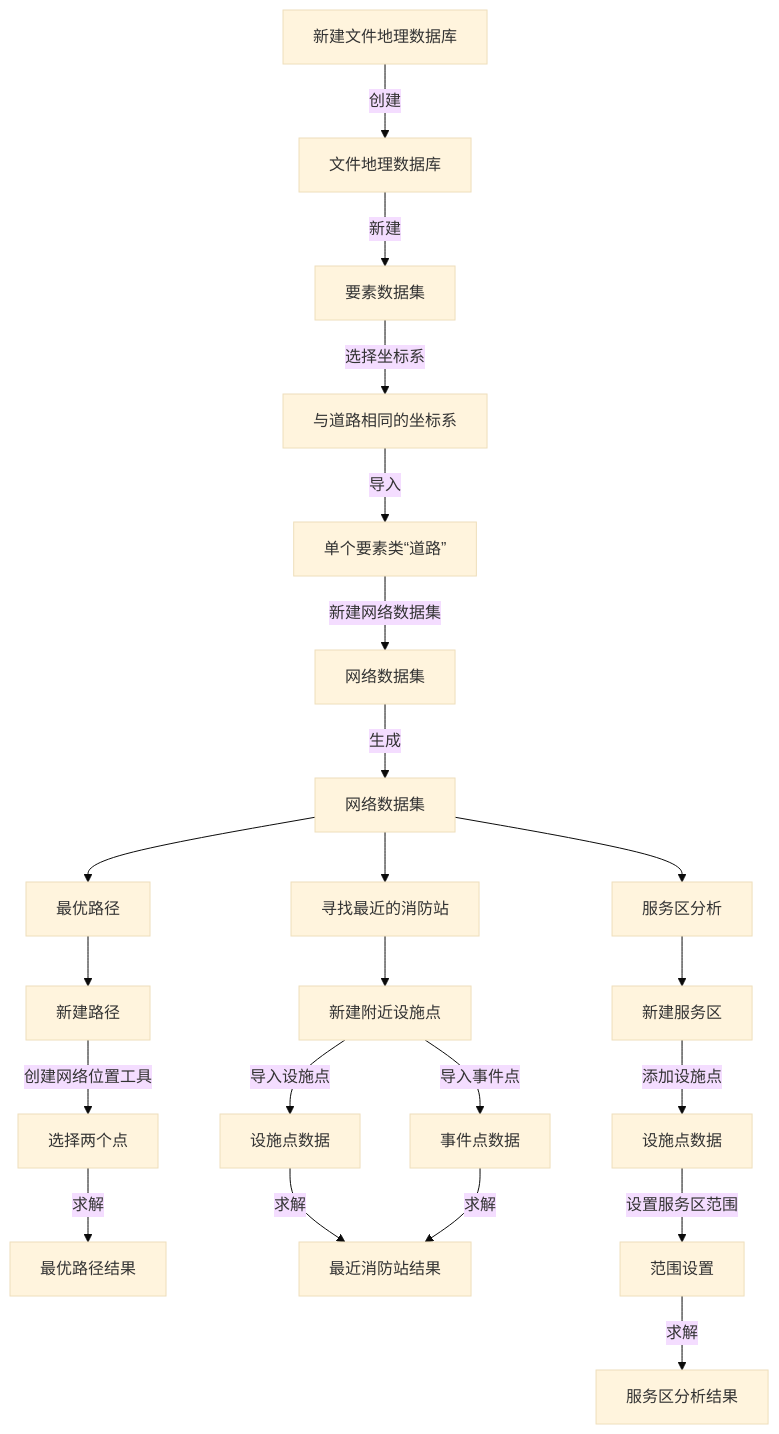
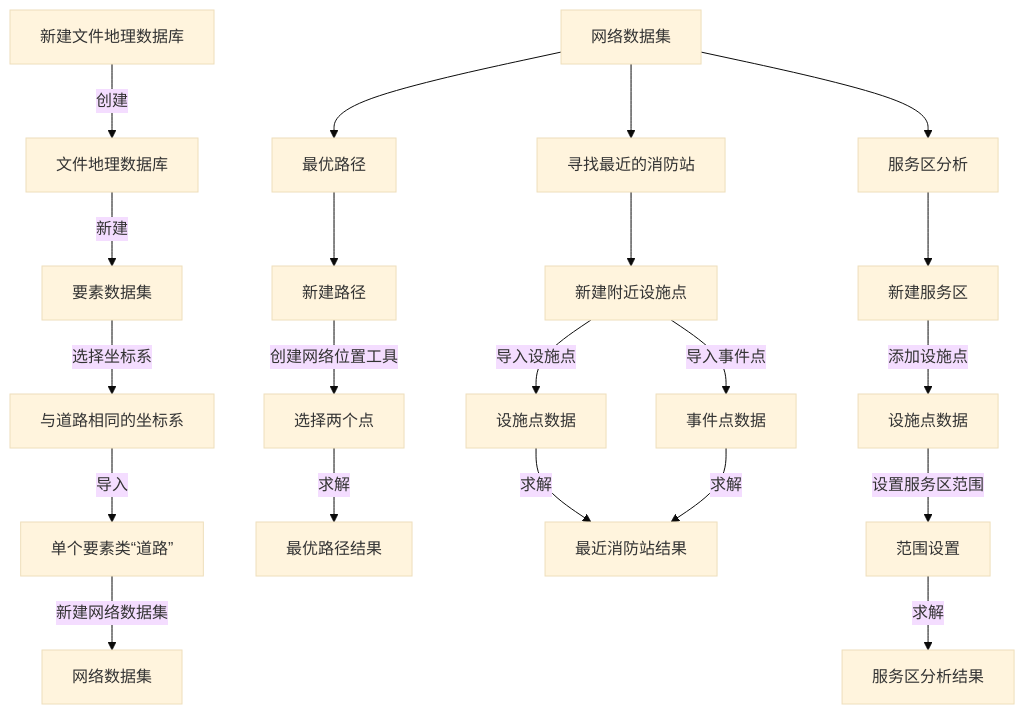
Before and after one commit to newguser/iodraw-files: the diagram in all/未命名.md, drawn with Mermaid (base theme).

Commit message:
2025-02-27 21:21:30 update

````diff
--- a/all/未命名.md
+++ b/all/未命名.md
@@ -1,24 +1,24 @@
 ```mermaid
 graph TD
     A[新建文件地理数据库] -->|创建| B[文件地理数据库]
     B -->|新建| C[要素数据集]
     C -->|选择坐标系| D[与道路相同的坐标系]
     D -->|导入| E[单个要素类“道路”]
     E -->|新建网络数据集| F[网络数据集]
-    F -->|生成| G[网络数据集]
+    
     G[网络数据集] -->H[最优路径]
     G[网络数据集] -->I[寻找最近的消防站]
     G[网络数据集] -->J[服务区分析]
     H[最优路径]-->H1[新建路径]
     H1[新建路径] -->|创建网络位置工具| H2[选择两个点]
         H2 -->|求解| H3[最优路径结果]
     I[寻找最近的消防站]-->I1[新建附近设施点]
     I1[新建附近设施点] -->|导入设施点| I2[设施点数据]
         I1 -->|导入事件点| I3[事件点数据]
         I2 -->|求解| I4[最近消防站结果]
         I3 -->|求解| I4
     J[服务区分析] -->J1[新建服务区]
      J1[新建服务区] -->|添加设施点| J2[设施点数据]
         J2 -->|设置服务区范围| J3[范围设置]
         J3 -->|求解| J4[服务区分析结果]
 ```
````
